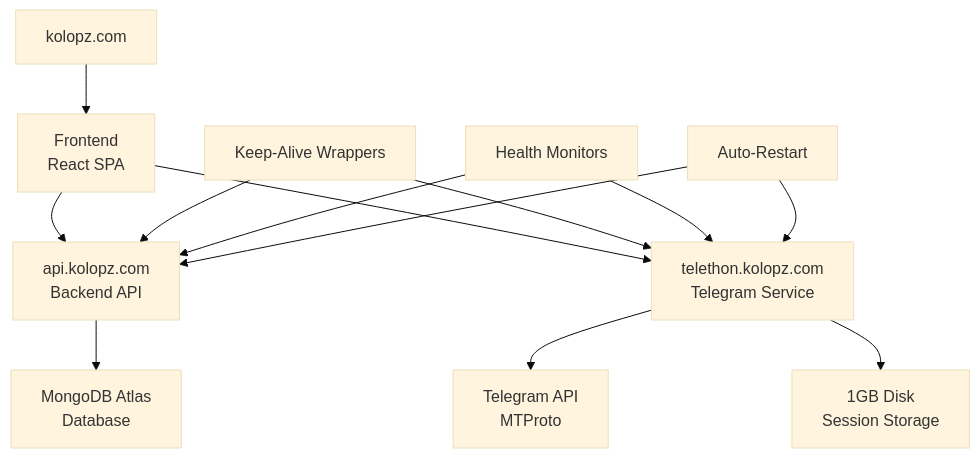
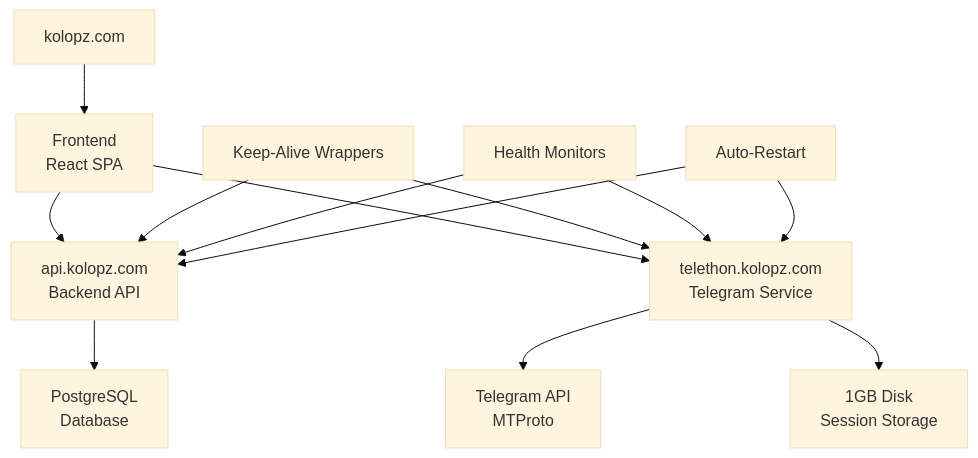
One commit to Theepak90/kol-tracker-pro changed the diagram in KOLOPZ_DEPLOYMENT_GUIDE.md. Above: the diagram before and after it, drawn with Mermaid (base theme). The commit also changed other lines of this file and 7 other files, not shown here.

````diff
--- a/KOLOPZ_DEPLOYMENT_GUIDE.md
+++ b/KOLOPZ_DEPLOYMENT_GUIDE.md
@@ -254,16 +254,16 @@
 ```mermaid
 graph TB
     A[kolopz.com] --> B[Frontend<br/>React SPA]
     B --> C[api.kolopz.com<br/>Backend API]
     B --> D[telethon.kolopz.com<br/>Telegram Service]
-    C --> E[MongoDB Atlas<br/>Database]
+    C --> E[PostgreSQL<br/>Database]
     D --> F[Telegram API<br/>MTProto]
     D --> G[1GB Disk<br/>Session Storage]
     
     H[Keep-Alive Wrappers] --> C
     H --> D
     I[Health Monitors] --> C
     I --> D
     J[Auto-Restart] --> C
     J --> D
 ```
````
